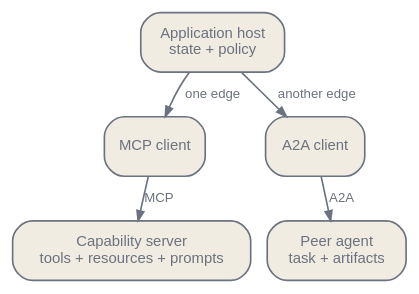
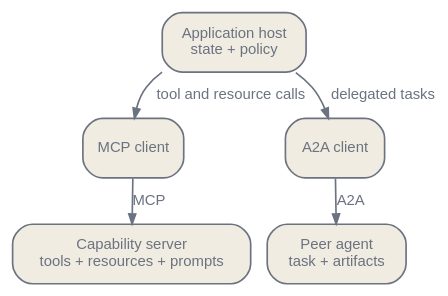
Before and after one commit to latere-ai/ai-as-an-infrastructure: the second of 2 diagrams in en/ecosystem/03-tooling-ecosystem.qmd, drawn with Graphviz. The commit also changed 1 other file, not shown here.

Commit message:
ecosystem: protocol diagram names what crosses each host edge, labels at 9 pt

````diff
--- a/en/ecosystem/03-tooling-ecosystem.qmd
+++ b/en/ecosystem/03-tooling-ecosystem.qmd
@@ -242,24 +242,24 @@
 ```{dot}
 //| label: fig-tooling-protocols
 //| fig-cap: "MCP and A2A connect different roles. An application host uses an MCP client to reach a capability server, while an A2A client delegates a task to an independently operated peer agent. Discovery and message exchange do not supply trust or authorization."
 digraph tooling_protocols {
   bgcolor="transparent";
   rankdir=TB;
   nodesep=0.14;
   ranksep=0.25;
   node [shape=box, style="rounded,filled", fontname="Helvetica", fontsize=9,
         color="#6b7280", fontcolor="#6b7280", fillcolor="#f1ece1",
         margin="0.10,0.07"];
   edge [color="#6b7280", fontcolor="#6b7280", fontname="Helvetica",
-        fontsize=8, arrowsize=0.6];
+        fontsize=9, arrowsize=0.6];
   H [label="Application host\nstate + policy"];
   M [label="MCP client"];
   S [label="Capability server\ntools + resources + prompts"];
   A [label="A2A client"];
   P [label="Peer agent\ntask + artifacts"];
-  H -> M [label="one edge"];
+  H -> M [label="tool and resource calls"];
   M -> S [label="MCP"];
-  H -> A [label="another edge"];
+  H -> A [label="delegated tasks"];
   A -> P [label="A2A"];
 }
 ```
````
